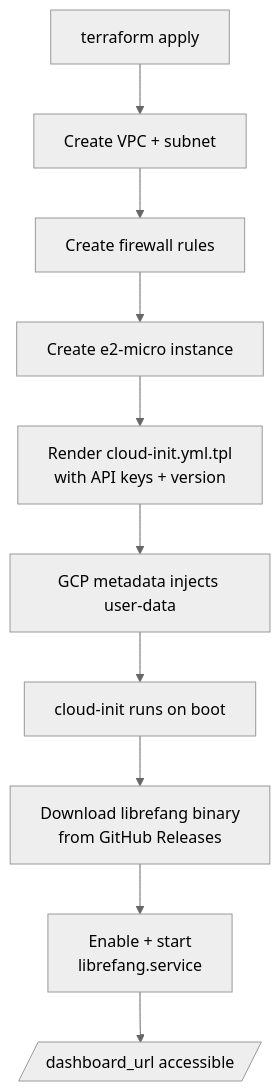
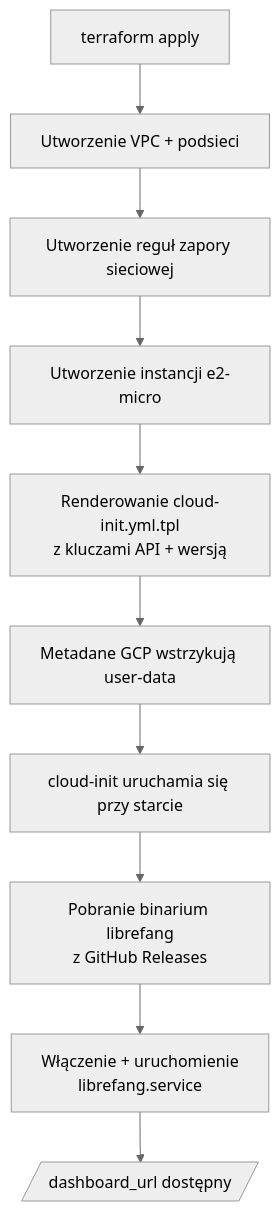
Before and after one commit to leszek3737/librefang-WIki: the diagram in deploy-gcp.md, drawn with Mermaid (neutral theme). The commit also changed other lines of this file and 104 other files, not shown here.

````diff
--- a/deploy-gcp.md
+++ b/deploy-gcp.md
@@ -20,12 +20,12 @@
 ```mermaid
 flowchart TD
-    A[terraform apply] --> B[Create VPC + subnet]
-    B --> C[Create firewall rules]
-    C --> D[Create e2-micro instance]
-    D --> E[Render cloud-init.yml.tpl<br/>with API keys + version]
-    E --> F[GCP metadata injects user-data]
-    F --> G[cloud-init runs on boot]
-    G --> H[Download librefang binary<br/>from GitHub Releases]
-    H --> I[Enable + start<br/>librefang.service]
-    I --> J[/dashboard_url accessible/]
+    A[terraform apply] --> B[Utworzenie VPC + podsieci]
+    B --> C[Utworzenie reguł zapory sieciowej]
+    C --> D[Utworzenie instancji e2-micro]
+    D --> E[Renderowanie cloud-init.yml.tpl<br/>z kluczami API + wersją]
+    E --> F[Metadane GCP wstrzykują user-data]
+    F --> G[cloud-init uruchamia się przy starcie]
+    G --> H[Pobranie binarium librefang<br/>z GitHub Releases]
+    H --> I[Włączenie + uruchomienie<br/>librefang.service]
+    I --> J[/dashboard_url dostępny/]
 ```
````
